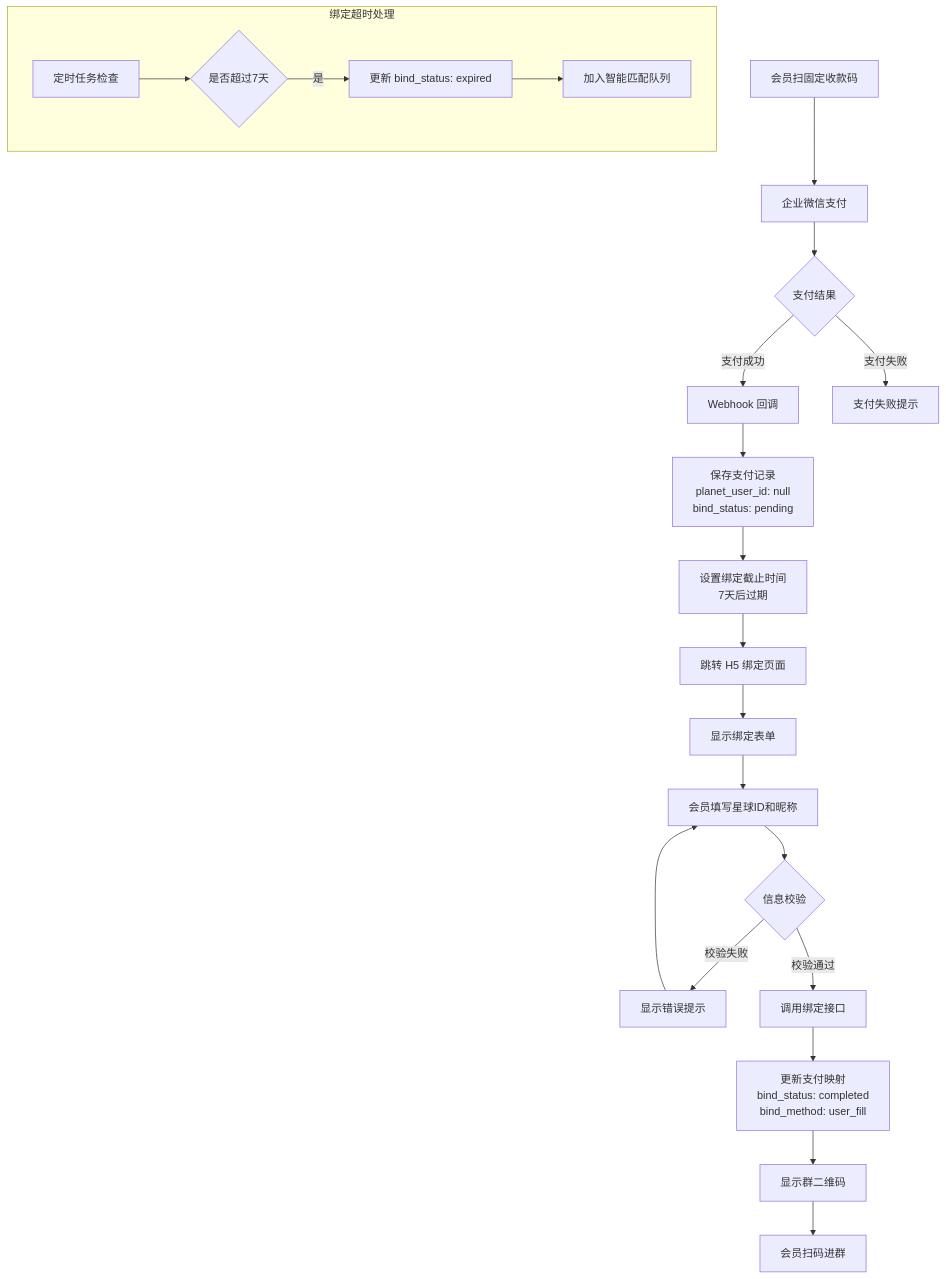
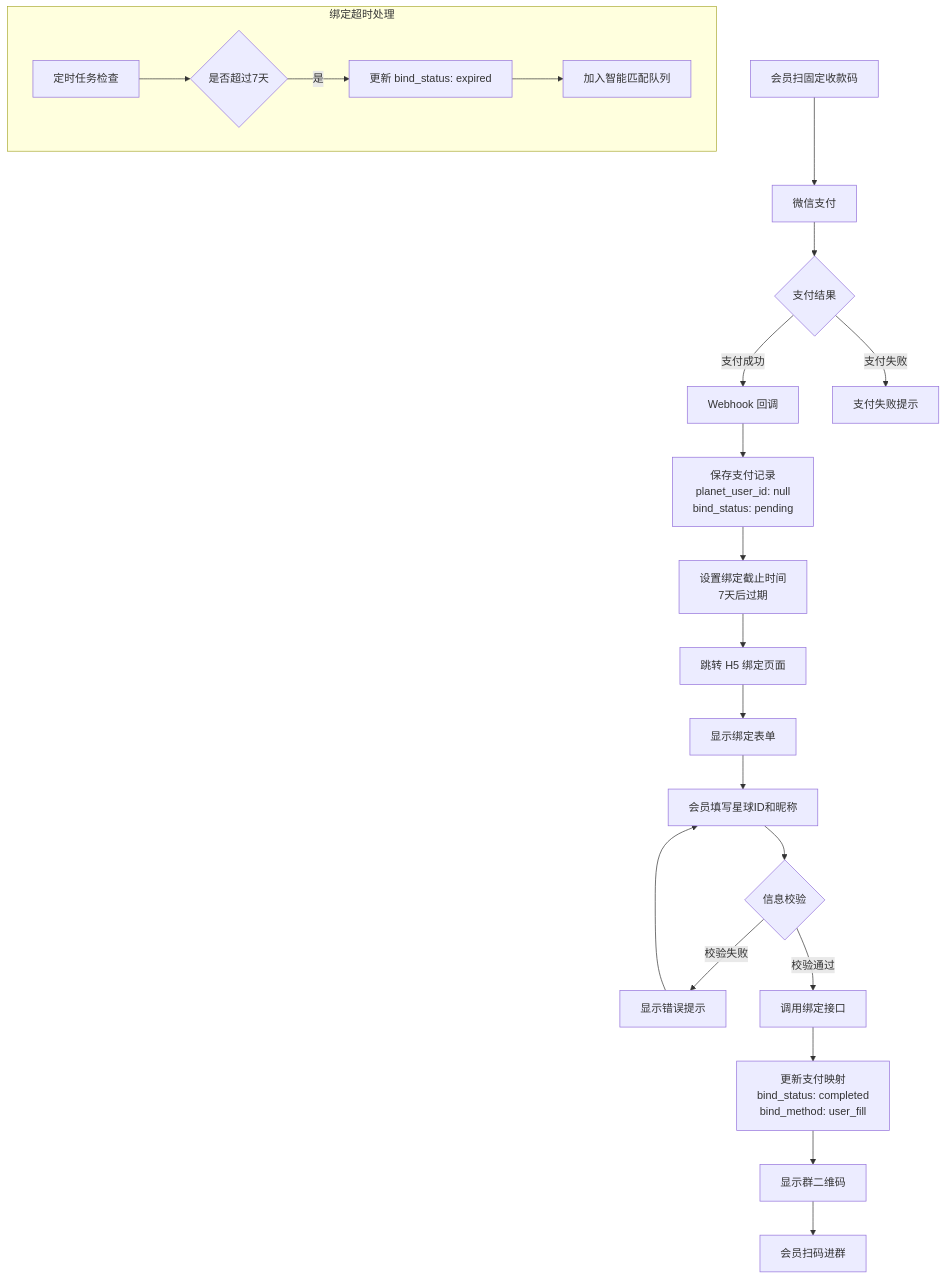
The fourth of 16 diagrams in docs/v1/diagrams/业务流程图.md (yiancode/AutoDepositRefundAgent), drawn with Mermaid before and after one commit. The commit also changed other lines of this file and 11 other files, not shown here.

````diff
--- a/docs/v1/diagrams/业务流程图.md
+++ b/docs/v1/diagrams/业务流程图.md
@@ -117,35 +117,35 @@
 ```mermaid
 flowchart TD
-    A[会员扫固定收款码] --> B[企业微信支付]
+    A[会员扫固定收款码] --> B[微信支付]
     B --> C{支付结果}
 
     C -->|支付成功| D[Webhook 回调]
     C -->|支付失败| E[支付失败提示]
 
     D --> F["保存支付记录
     planet_user_id: null
     bind_status: pending"]
     F --> G["设置绑定截止时间
     7天后过期"]
     G --> H[跳转 H5 绑定页面]
 
     H --> I[显示绑定表单]
     I --> J[会员填写星球ID和昵称]
     J --> K{信息校验}
 
     K -->|校验失败| L[显示错误提示]
     L --> J
 
     K -->|校验通过| M[调用绑定接口]
     M --> N["更新支付映射
     bind_status: completed
     bind_method: user_fill"]
     N --> O[显示群二维码]
     O --> P[会员扫码进群]
 
     subgraph 绑定超时处理
         Q[定时任务检查] --> R{是否超过7天}
         R -->|是| S["更新 bind_status: expired"]
         S --> T[加入智能匹配队列]
     end
 ```
````
